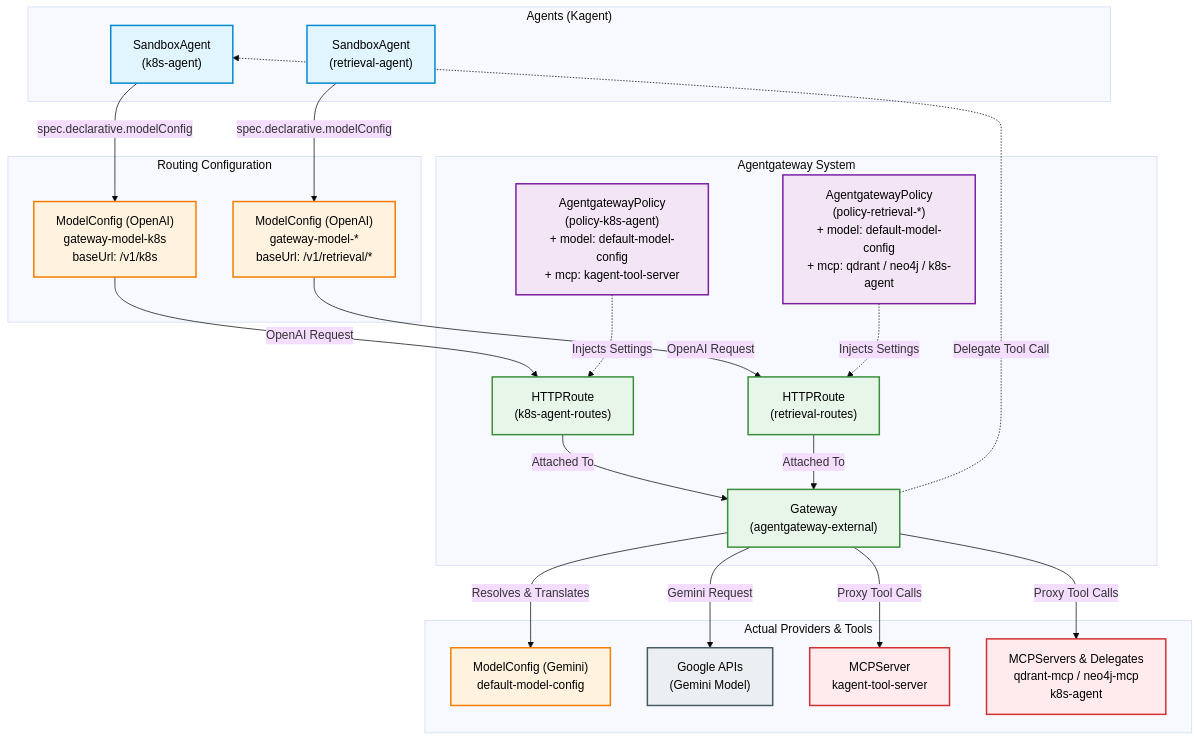
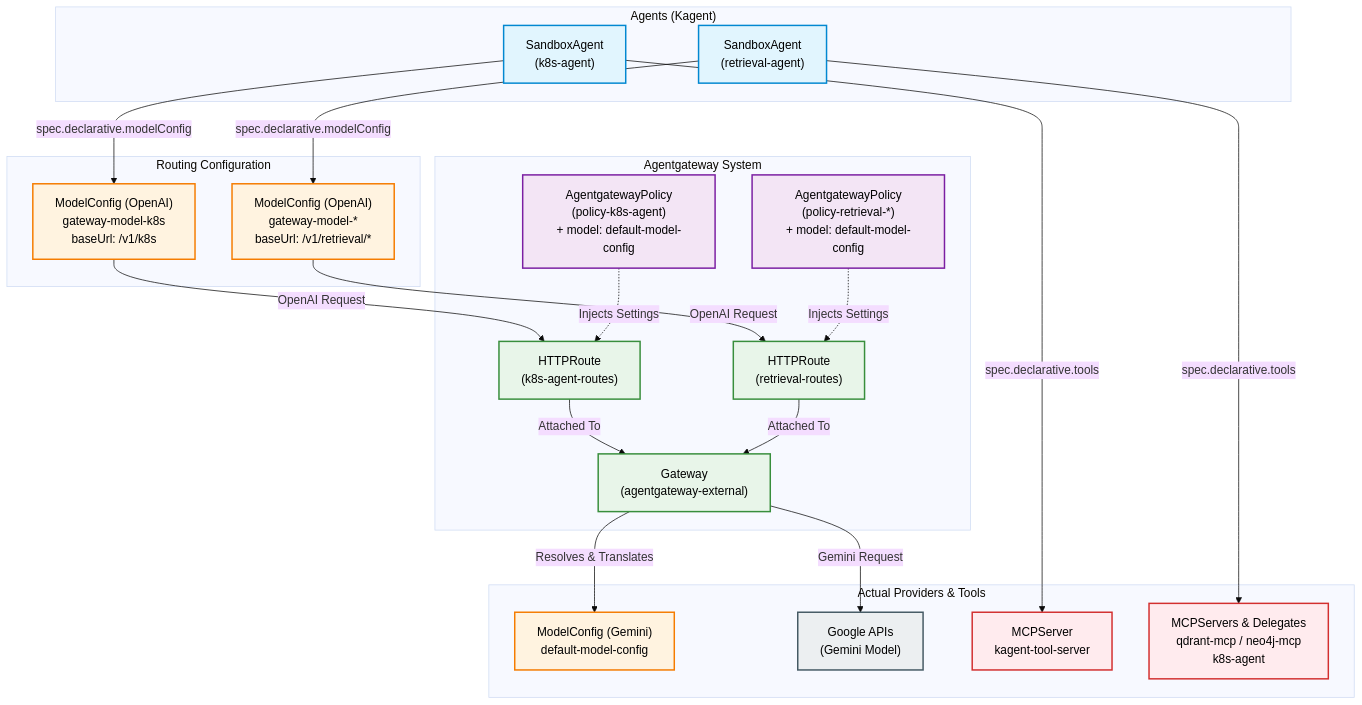
Before and after one commit to silhouetteUA/ai-harness: the diagram in agentgateway-architecture.md, drawn with Mermaid (base theme). The commit also changed other lines of this file and 1 other file, not shown here.

Commit message:
docs: document decoupled agentgateway architecture

````diff
--- a/agentgateway-architecture.md
+++ b/agentgateway-architecture.md
@@ -5,62 +5,61 @@
 ```mermaid
 flowchart TD
     %% Define styles
     classDef agent fill:#e1f5fe,stroke:#0288d1,stroke-width:2px,color:#000
     classDef config fill:#fff3e0,stroke:#f57c00,stroke-width:2px,color:#000
     classDef gateway fill:#e8f5e9,stroke:#388e3c,stroke-width:2px,color:#000
     classDef policy fill:#f3e5f5,stroke:#7b1fa2,stroke-width:2px,color:#000
     classDef external fill:#eceff1,stroke:#455a64,stroke-width:2px,color:#000
     classDef tool fill:#ffebee,stroke:#d32f2f,stroke-width:2px,color:#000
 
     %% Agents
     subgraph "Agents (Kagent)"
         K8sAgent["SandboxAgent<br>(k8s-agent)"]:::agent
         RetrievalAgent["SandboxAgent<br>(retrieval-agent)"]:::agent
     end
 
     %% Routing Configs (OpenAI interface)
     subgraph "Routing Configuration"
         GatewayModelK8s["ModelConfig (OpenAI)<br>gateway-model-k8s<br>baseUrl: /v1/k8s"]:::config
         GatewayModelRetrieval["ModelConfig (OpenAI)<br>gateway-model-*<br>baseUrl: /v1/retrieval/*"]:::config
     end
 
     %% Gateway Layer
     subgraph "Agentgateway System"
         Gateway["Gateway<br>(agentgateway-external)"]:::gateway
         
         K8sRoute["HTTPRoute<br>(k8s-agent-routes)"]:::gateway
         RetrievalRoute["HTTPRoute<br>(retrieval-routes)"]:::gateway
         
-        K8sPolicy["AgentgatewayPolicy<br>(policy-k8s-agent)<br>+ model: default-model-config<br>+ mcp: kagent-tool-server"]:::policy
-        RetrievalPolicy["AgentgatewayPolicy<br>(policy-retrieval-*)<br>+ model: default-model-config<br>+ mcp: qdrant / neo4j / k8s-agent"]:::policy
+        K8sPolicy["AgentgatewayPolicy<br>(policy-k8s-agent)<br>+ model: default-model-config"]:::policy
+        RetrievalPolicy["AgentgatewayPolicy<br>(policy-retrieval-*)<br>+ model: default-model-config"]:::policy
     end
 
     %% True Backend Configs
     subgraph "Actual Providers & Tools"
         DefaultModel["ModelConfig (Gemini)<br>default-model-config"]:::config
         GoogleAPI["Google APIs<br>(Gemini Model)"]:::external
         
         K8sToolServer["MCPServer<br>kagent-tool-server"]:::tool
         RetrievalTools["MCPServers & Delegates<br>qdrant-mcp / neo4j-mcp<br>k8s-agent"]:::tool
     end
 
     %% Connections
     K8sAgent -- "spec.declarative.modelConfig" --> GatewayModelK8s
     RetrievalAgent -- "spec.declarative.modelConfig" --> GatewayModelRetrieval
+    
+    K8sAgent -- "spec.declarative.tools" --> K8sToolServer
+    RetrievalAgent -- "spec.declarative.tools" --> RetrievalTools
 
     GatewayModelK8s -- "OpenAI Request" --> K8sRoute
     GatewayModelRetrieval -- "OpenAI Request" --> RetrievalRoute
 
     K8sRoute -- "Attached To" --> Gateway
     RetrievalRoute -- "Attached To" --> Gateway
     
     K8sPolicy -. "Injects Settings" .-> K8sRoute
     RetrievalPolicy -. "Injects Settings" .-> RetrievalRoute
 
     Gateway -- "Resolves & Translates" --> DefaultModel
     Gateway -- "Gemini Request" --> GoogleAPI
-
-    Gateway -- "Proxy Tool Calls" --> K8sToolServer
-    Gateway -- "Proxy Tool Calls" --> RetrievalTools
-    Gateway -. "Delegate Tool Call" .-> K8sAgent
 ```
````
